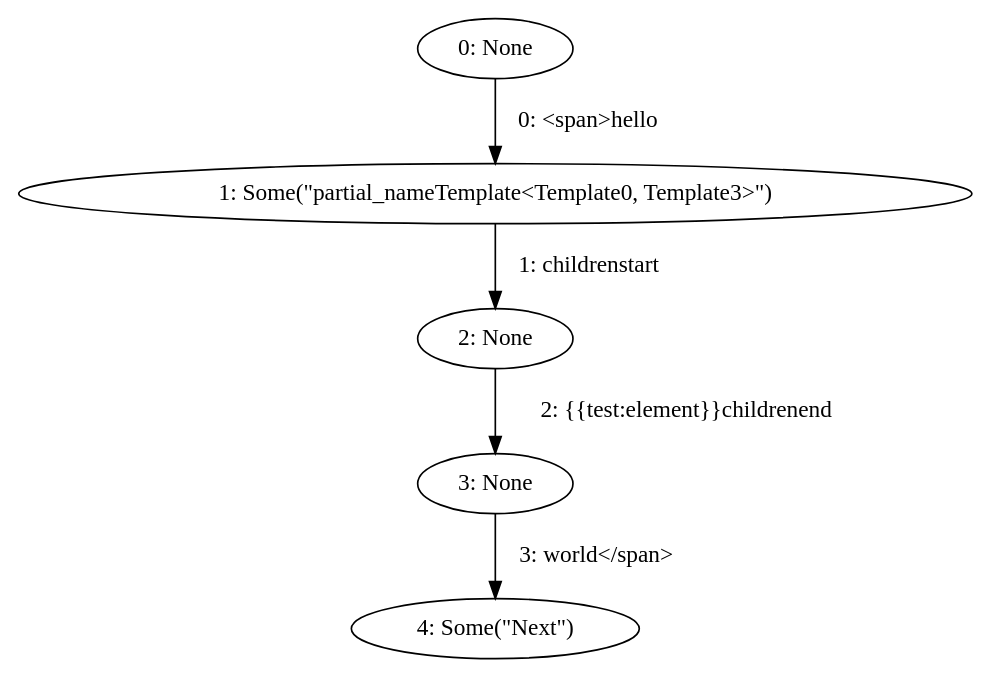
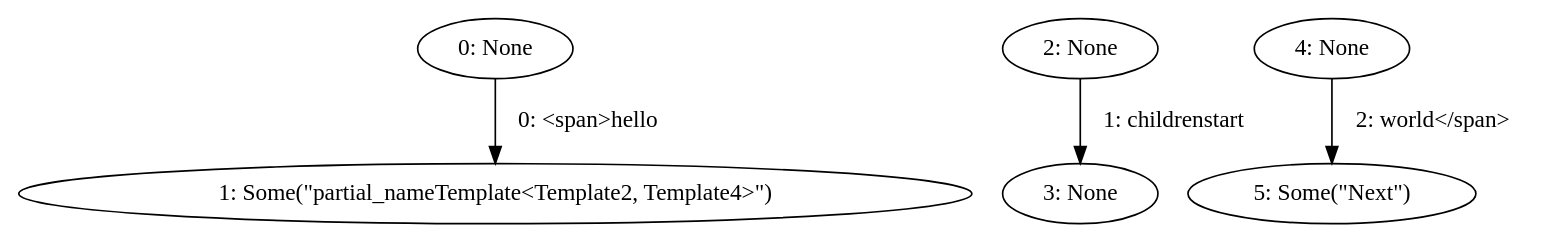
The diagram in partial_block.dot (mohe2015/zero-cost-templating), drawn with Graphviz before and after one commit. The commit also changed 1 other file, not shown here.

```diff
--- a/partial_block.dot
+++ b/partial_block.dot
@@ -1,11 +1,11 @@
 digraph {
     0 [ label = "0: None" ]
-    1 [ label = "1: Some(\"partial_nameTemplate<Template0, Template3>\")" ]
+    1 [ label = "1: Some(\"partial_nameTemplate<Template2, Template4>\")" ]
     2 [ label = "2: None" ]
     3 [ label = "3: None" ]
-    4 [ label = "4: Some(\"Next\")" ]
+    4 [ label = "4: None" ]
+    5 [ label = "5: Some(\"Next\")" ]
     0 -> 1 [ label = "0: <span>hello" ]
-    1 -> 2 [ label = "1: childrenstart" ]
-    2 -> 3 [ label = "2: {{test:element}}childrenend" ]
-    3 -> 4 [ label = "3: world</span>" ]
+    2 -> 3 [ label = "1: childrenstart" ]
+    4 -> 5 [ label = "2: world</span>" ]
 }
```
